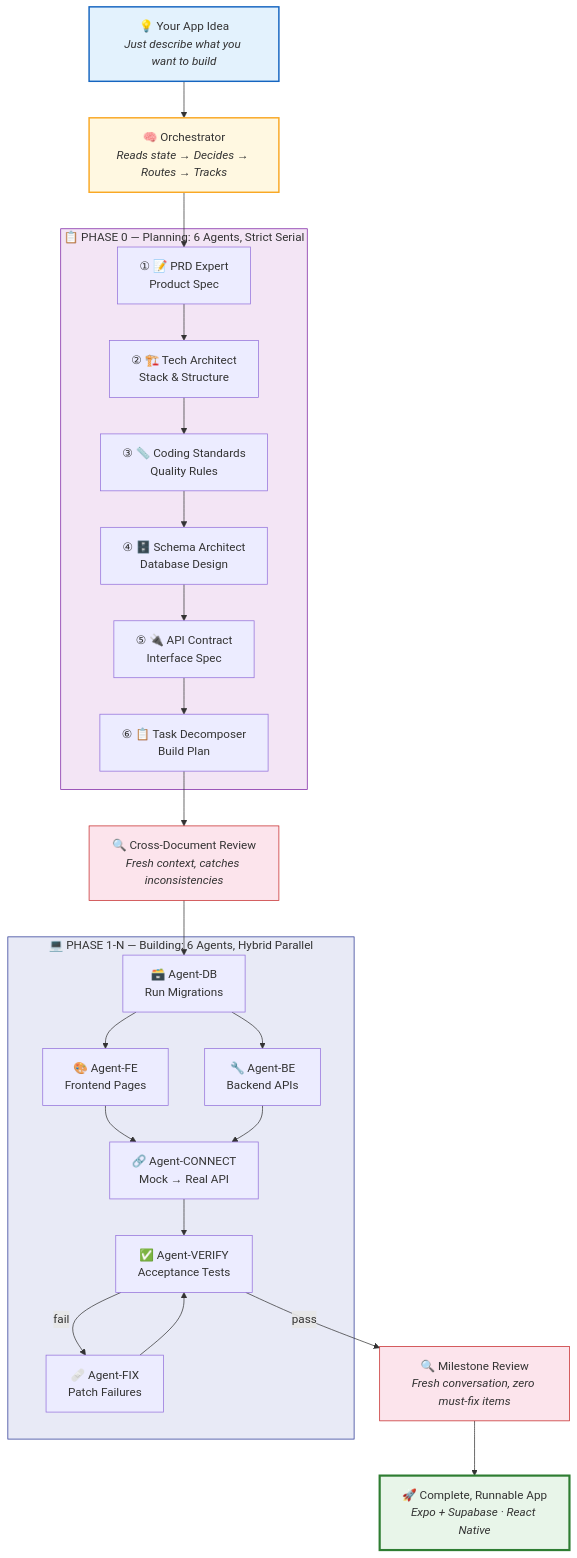
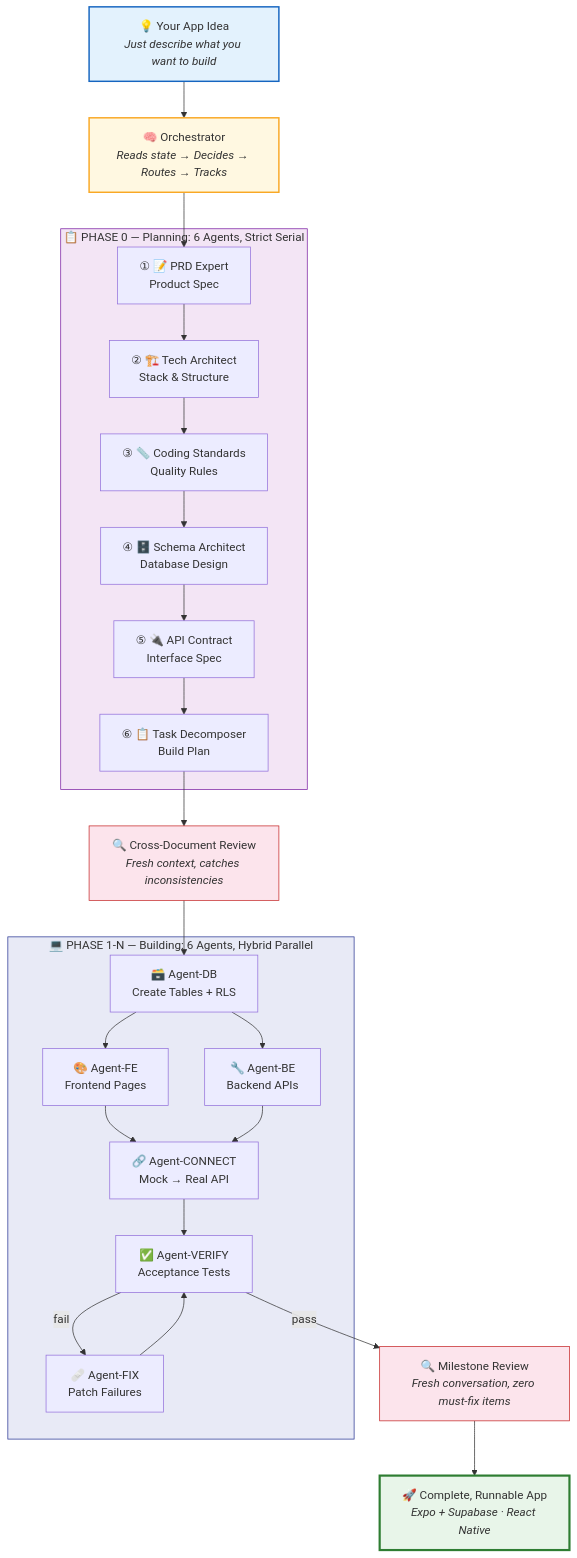
Before and after one commit to withai2025/agents: the diagram in README.md, drawn with Mermaid. The commit also changed 1 other file, not shown here.

Commit message:
Fix Agent-DB description: "Run Migrations" → "Create Tables + RLS"
Agent-DB doesn't just run pre-written migrations — it takes the schema
design and implements it in Supabase: creates tables, configures RLS
policies, sets up indexes and sync strategies.

````diff
--- a/README.md
+++ b/README.md
@@ -46,58 +46,58 @@
 ```mermaid
 graph TB
     INPUT["💡 Your App Idea<br/><i>Just describe what you want to build</i>"]
 
     ORCH["🧠 Orchestrator<br/><i>Reads state → Decides → Routes → Tracks</i>"]
 
     INPUT --> ORCH
 
     subgraph PHASE0["📋 PHASE 0 — Planning: 6 Agents, Strict Serial"]
         P0_1["① 📝 PRD Expert<br/>Product Spec"] -->
         P0_2["② 🏗️ Tech Architect<br/>Stack &amp; Structure"] -->
         P0_3["③ 📏 Coding Standards<br/>Quality Rules"] -->
         P0_4["④ 🗄️ Schema Architect<br/>Database Design"] -->
         P0_5["⑤ 🔌 API Contract<br/>Interface Spec"] -->
         P0_6["⑥ 📋 Task Decomposer<br/>Build Plan"]
     end
 
     ORCH --> P0_1
 
     REVIEW0["🔍 Cross-Document Review<br/><i>Fresh context, catches inconsistencies</i>"]
 
     P0_6 --> REVIEW0
 
     subgraph PHASE1["💻 PHASE 1-N — Building: 6 Agents, Hybrid Parallel"]
-        P1_DB["🗃️ Agent-DB<br/>Run Migrations"]
+        P1_DB["🗃️ Agent-DB<br/>Create Tables + RLS"]
         P1_FE["🎨 Agent-FE<br/>Frontend Pages"]
         P1_BE["🔧 Agent-BE<br/>Backend APIs"]
         P1_CONNECT["🔗 Agent-CONNECT<br/>Mock → Real API"]
         P1_VERIFY["✅ Agent-VERIFY<br/>Acceptance Tests"]
         P1_FIX["🩹 Agent-FIX<br/>Patch Failures"]
 
         P1_DB --> P1_FE
         P1_DB --> P1_BE
         P1_FE --> P1_CONNECT
         P1_BE --> P1_CONNECT
         P1_CONNECT --> P1_VERIFY
         P1_VERIFY -- "fail" --> P1_FIX
         P1_FIX --> P1_VERIFY
     end
 
     REVIEW0 --> P1_DB
 
     REVIEW1["🔍 Milestone Review<br/><i>Fresh conversation, zero must-fix items</i>"]
 
     P1_VERIFY -- "pass" --> REVIEW1
 
     DONE["🚀 Complete, Runnable App<br/><i>Expo + Supabase · React Native</i>"]
 
     REVIEW1 --> DONE
 
     style INPUT fill:#e3f2fd,stroke:#1565c0,stroke-width:2px
     style ORCH fill:#fff8e1,stroke:#f9a825,stroke-width:2px
     style DONE fill:#e8f5e9,stroke:#2e7d32,stroke-width:3px
     style PHASE0 fill:#f3e5f5,stroke:#7b1fa2
     style PHASE1 fill:#e8eaf6,stroke:#283593
     style REVIEW0 fill:#fce4ec,stroke:#c62828
     style REVIEW1 fill:#fce4ec,stroke:#c62828
 ```
````
